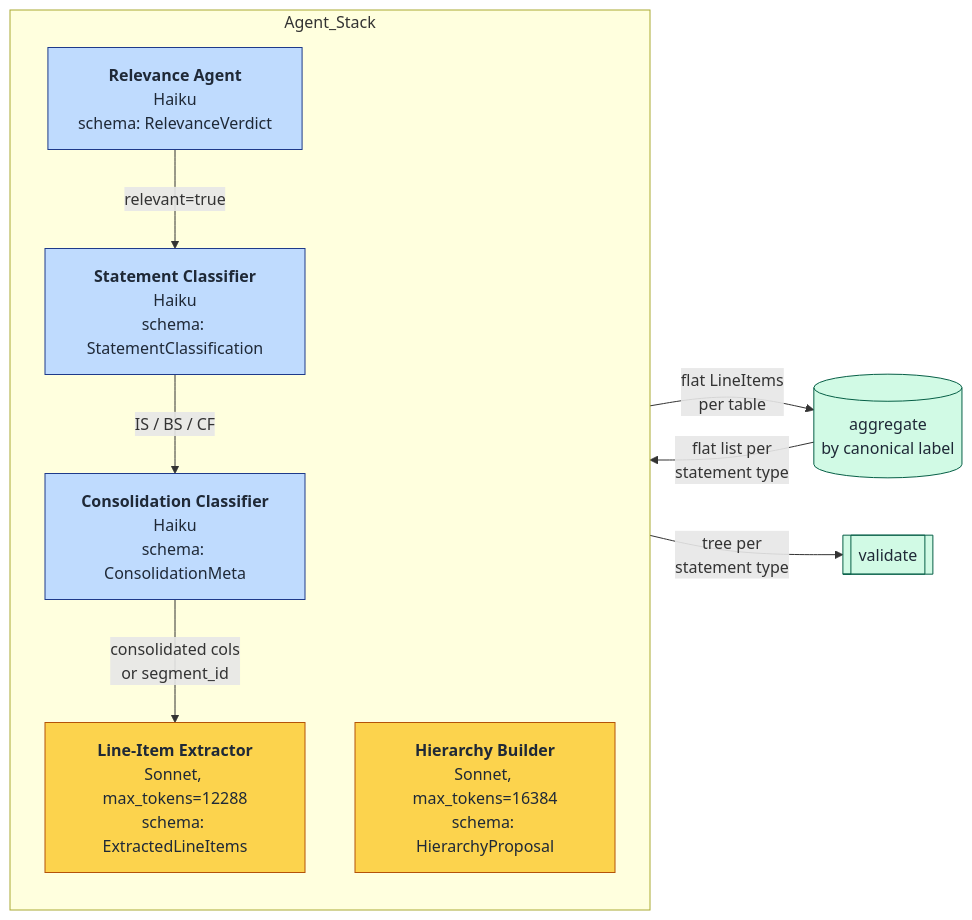
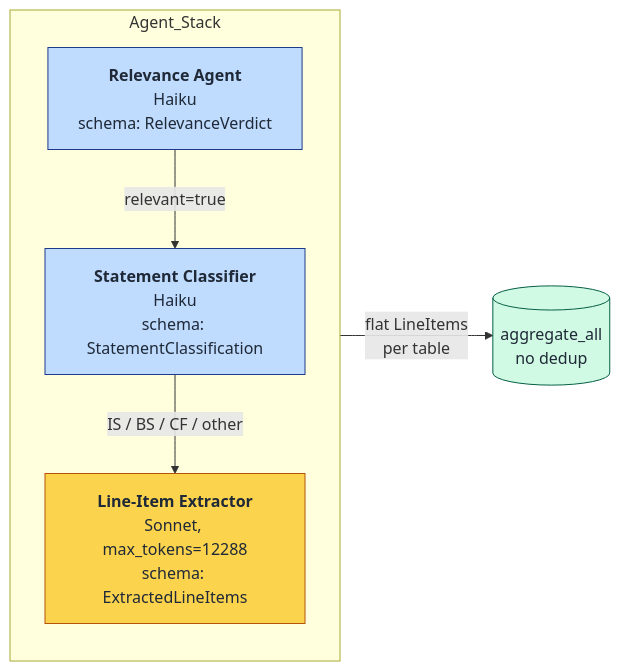
One commit to GSaiDheeraj/Financial-Document-Data-Extractor changed the second of 4 diagrams in Fundamentals Module.md. Above: the diagram before and after it, drawn with Mermaid. The commit also changed other lines of this file and 1 other file, not shown here.

````diff
--- a/Fundamentals Module.md
+++ b/Fundamentals Module.md
@@ -61,25 +55,20 @@
 ```mermaid
 flowchart LR
     subgraph Agent_Stack
         direction TB
         A1[<b>Relevance Agent</b><br/>Haiku<br/>schema: RelevanceVerdict]
         A2[<b>Statement Classifier</b><br/>Haiku<br/>schema: StatementClassification]
-        A3[<b>Consolidation Classifier</b><br/>Haiku<br/>schema: ConsolidationMeta]
         A4[<b>Line-Item Extractor</b><br/>Sonnet, max_tokens=12288<br/>schema: ExtractedLineItems]
-        A5[<b>Hierarchy Builder</b><br/>Sonnet, max_tokens=16384<br/>schema: HierarchyProposal]
     end
 
     A1 -->|relevant=true| A2
-    A2 -->|IS / BS / CF| A3
-    A3 -->|consolidated cols<br/>or segment_id| A4
-    A4 -->|flat LineItems<br/>per table| AGG[(aggregate<br/>by canonical label)]
-    AGG -->|flat list per<br/>statement type| A5
-    A5 -->|tree per<br/>statement type| VAL[[validate]]
+    A2 -->|IS / BS / CF / other| A4
+    A4 -->|flat LineItems<br/>per table| AGG[(aggregate_all<br/>no dedup)]
 
     classDef haiku fill:#bfdbfe,stroke:#1e3a8a,color:#1f2937;
     classDef sonnet fill:#fcd34d,stroke:#b45309,color:#1f2937;
     classDef pure fill:#d1fae5,stroke:#065f46,color:#1f2937;
-    class A1,A2,A3 haiku;
-    class A4,A5 sonnet;
-    class AGG,VAL pure;
+    class A1,A2 haiku;
+    class A4 sonnet;
+    class AGG pure;
 ```
````
